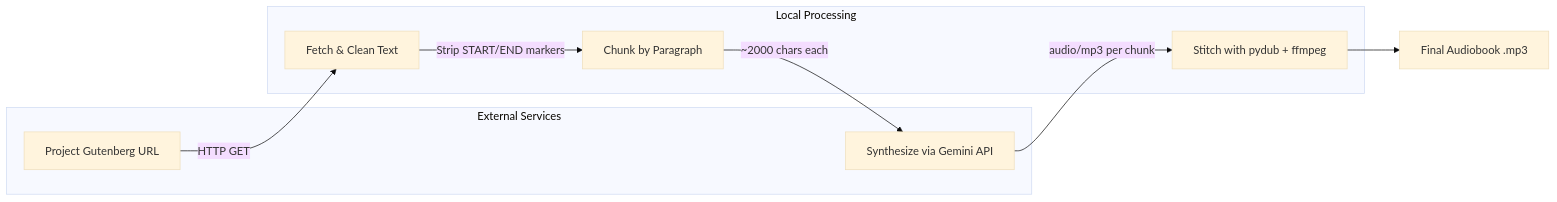
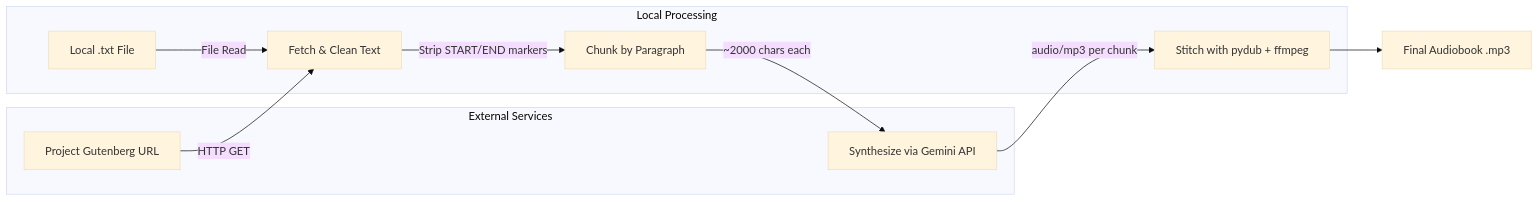
The diagram in README.md (Aldineyer/Aoidos), drawn with Mermaid (base theme) before and after one commit. The commit also changed other lines of this file and 1 other file, not shown here.

````diff
--- a/README.md
+++ b/README.md
@@ -46,19 +46,21 @@
 ```mermaid
 flowchart LR
-    A[Project Gutenberg URL] -->|HTTP GET| B[Fetch & Clean Text]
+    A1[Project Gutenberg URL] -->|HTTP GET| B[Fetch & Clean Text]
+    A2[Local .txt File] -->|File Read| B
     B -->|Strip START/END markers| C[Chunk by Paragraph]
     C -->|~2000 chars each| D[Synthesize via Gemini API]
     D -->|audio/mp3 per chunk| E[Stitch with pydub + ffmpeg]
     E --> F[Final Audiobook .mp3]
 
     subgraph "External Services"
-        A
+        A1
         D
     end
 
     subgraph "Local Processing"
+        A2
         B
         C
         E
     end
 ```
````
